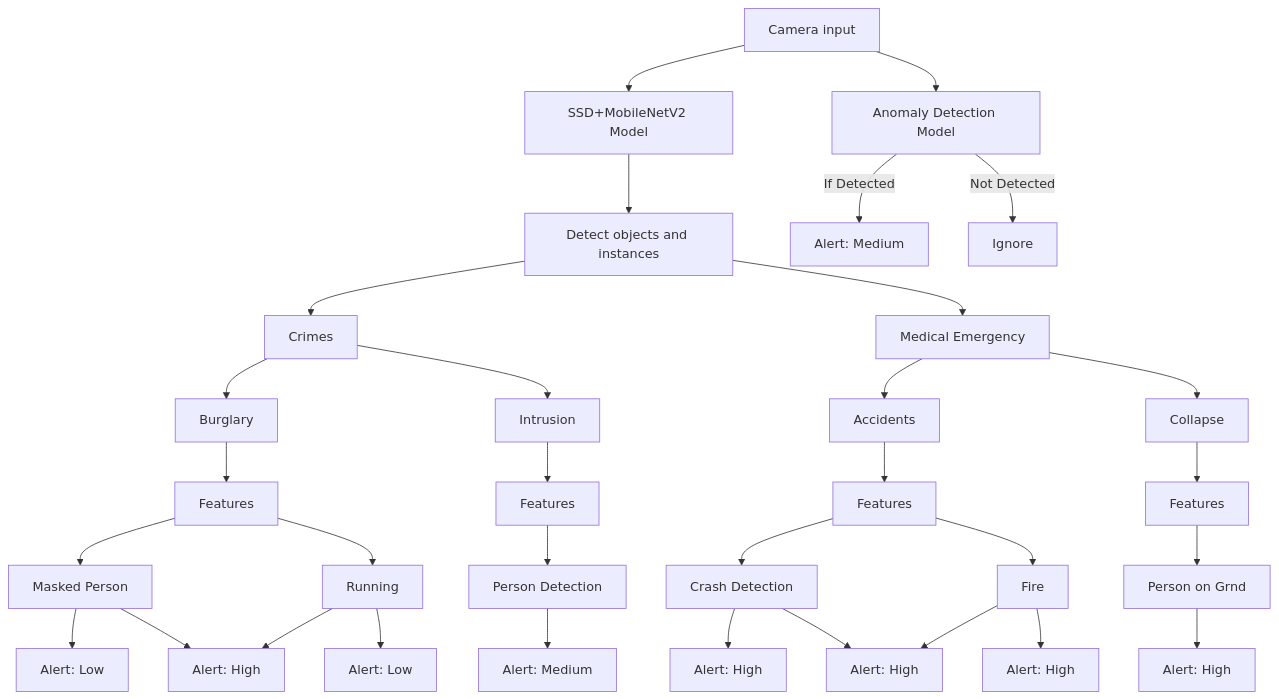
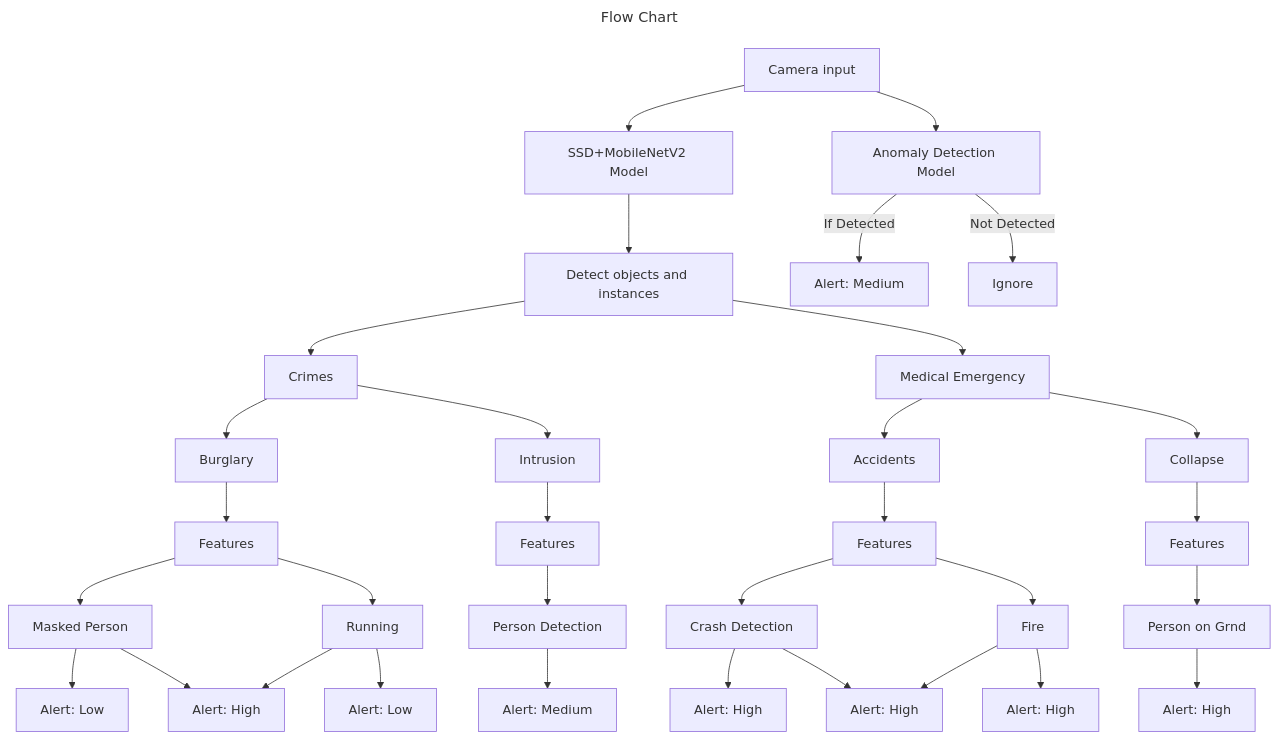
Before and after one commit to Sam-Varghese/NM_VisionaryTitans: the diagram in flowchart.md, drawn with Mermaid. The commit also changed 1 other file, not shown here.

Commit message:
Added flowchart

````diff
--- a/flowchart.md
+++ b/flowchart.md
@@ -1,46 +1,49 @@
 ```mermaid
+---
+title: Flow Chart
+---
 graph TD;
     camInp[Camera input] --> model[SSD+MobileNetV2 Model]
     camInp --> anom_det[Anomaly Detection Model]
     model --> objects[Detect objects and instances]
 
     anom_det-->|If Detected|al_med[Alert: Medium]
     anom_det-->|Not Detected|ign[Ignore] 
     
     objects --> crimes[Crimes]
     objects --> med[Medical Emergency]
 
     crimes --> burglary[Burglary]
     crimes --> intrusion[Intrusion]
 
     burglary-->burg_ft[Features]
     burg_ft --> masked[Masked Person]
     burg_ft --> run[Running]
 
     masked --> mask_alert[Alert: Low]
     run --> run_alert[Alert: Low]
 
     masked & run --> mask_run_alert[Alert: High]
 
     intrusion --> intr_ft[Features]
     intr_ft --> person_detect[Person Detection]
 
     person_detect --> person_detect_alert[Alert: Medium]
 
     med --> accident[Accidents]
     med --> collapse[Collapse]
 
     accident --> acc_ft[Features]
     acc_ft --> crash[Crash Detection]
     acc_ft --> fire[Fire]
 
     crash --> crash_alert[Alert: High]
     fire --> fire_alert[Alert: High]
 
     crash & fire --> crash_fire_alert[Alert: High]
 
     collapse --> coll_ft[Features]
     coll_ft --> pers_grnd[Person on Grnd]
 
     pers_grnd --> pers_grnd_alert[Alert: High]
 ```
````
